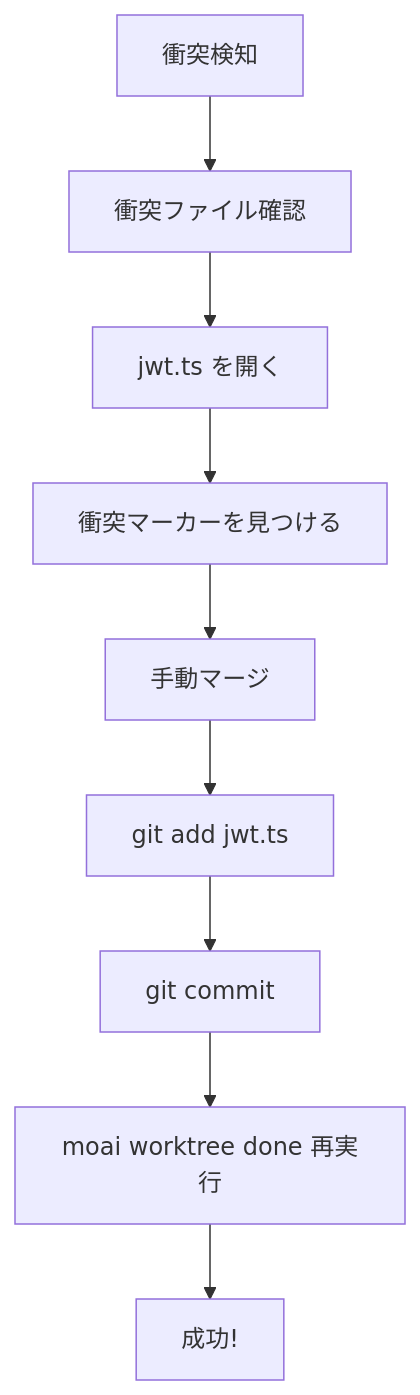
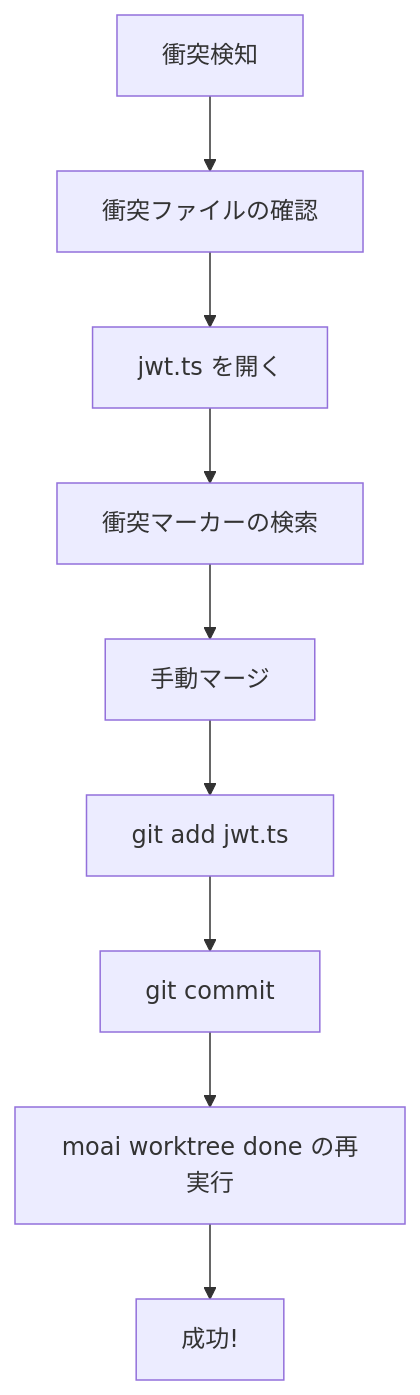
One commit to gabrielmoreira/agent-skills-mirror changed the third of 4 diagrams in mirrors/repos/modu-ai@moai-adk/docs-site/content/ja/worktree/examples.md. Above: the diagram before and after it, drawn with Mermaid. The commit also changed other lines of this file and 2470 other files, not shown here.

````diff
--- a/mirrors/repos/modu-ai@moai-adk/docs-site/content/ja/worktree/examples.md
+++ b/mirrors/repos/modu-ai@moai-adk/docs-site/content/ja/worktree/examples.md
@@ -401,11 +408,11 @@
 ```mermaid
 flowchart TD
-    A[衝突検知] --> B[衝突ファイル確認]
+    A[衝突検知] --> B[衝突ファイルの確認]
     B --> C[jwt.ts を開く]
-    C --> D[衝突マーカーを見つける]
+    C --> D[衝突マーカーの検索]
     D --> E[手動マージ]
     E --> F[git add jwt.ts]
     F --> G[git commit]
-    G --> H[moai worktree done 再実行]
+    G --> H[moai worktree done の再実行]
     H --> I[成功!]
 ```
````
